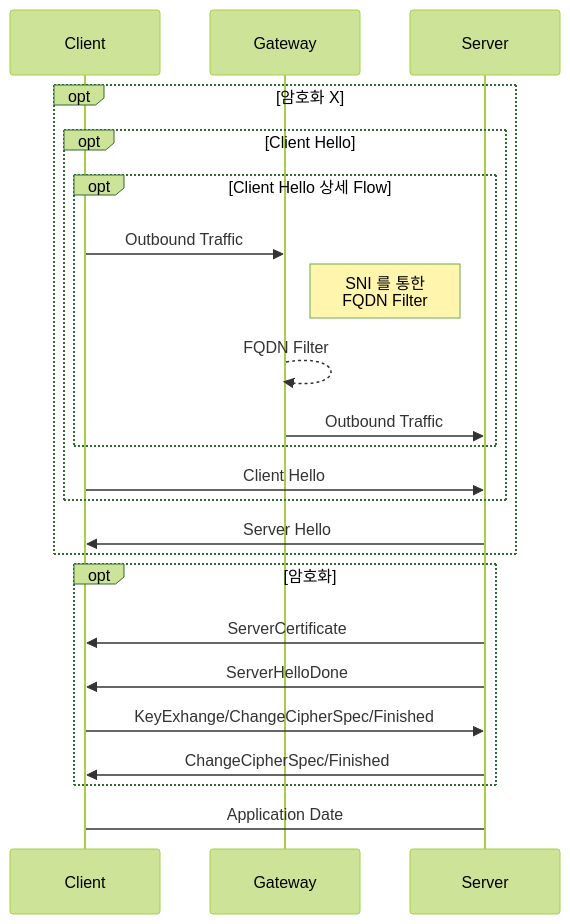
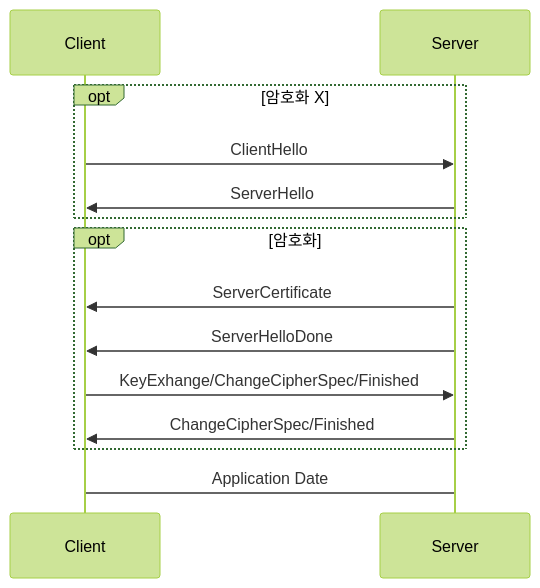
Before and after one commit to socar-inc/socar-inc.github.io: the third of 4 diagrams in _posts/2019-09-02-aviatrix-fqdn.md, drawn with Mermaid (forest theme). The commit also changed other lines of this file, not shown here.

Commit message:
readme aviatrix-fqdn SNI Update

```diff
--- a/_posts/2019-09-02-aviatrix-fqdn.md
+++ b/_posts/2019-09-02-aviatrix-fqdn.md
@@ -246,22 +248,14 @@
 <div class="mermaid">
 sequenceDiagram
 opt 암호화 X
-opt  Client Hello
-opt Client Hello 상세 Flow 
-    Client ->> Gateway: Outbound Traffic
-Note right of Gateway: SNI 를 통한 <br>FQDN Filter
-    Gateway -->> Gateway: FQDN Filter
-    Gateway ->> Server: Outbound Traffic
-    end
-    Client ->> Server: Client Hello
-    end
-    Server ->> Client: Server Hello
+    Client ->> Server: ClientHello
+    Server ->> Client: ServerHello
     end
 opt 암호화
     Server ->> Client: ServerCertificate
     Server ->> Client: ServerHelloDone
     Client ->> Server: KeyExhange/ChangeCipherSpec/Finished
     Server ->> Client: ChangeCipherSpec/Finished
     end
     Server -> Client: Application Date
 </div>
```
